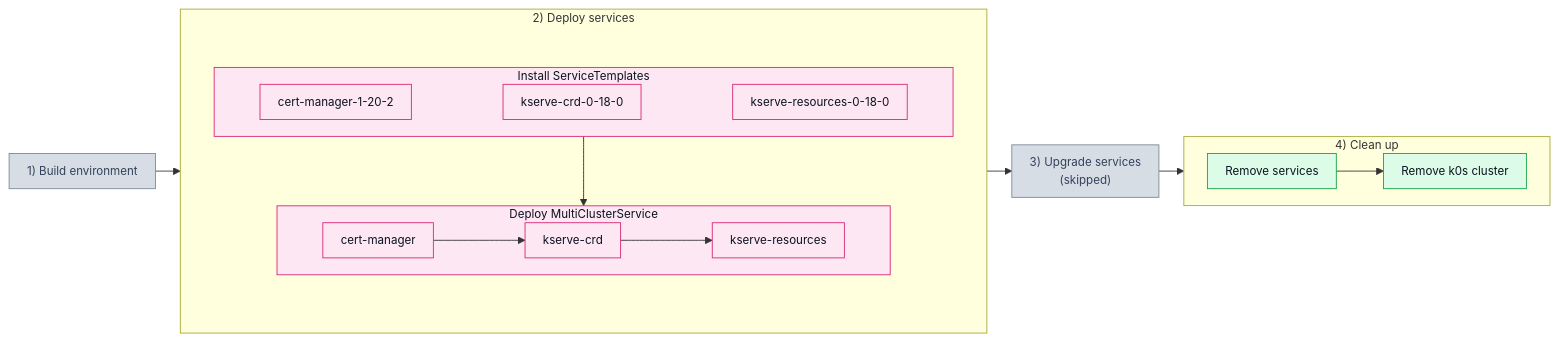
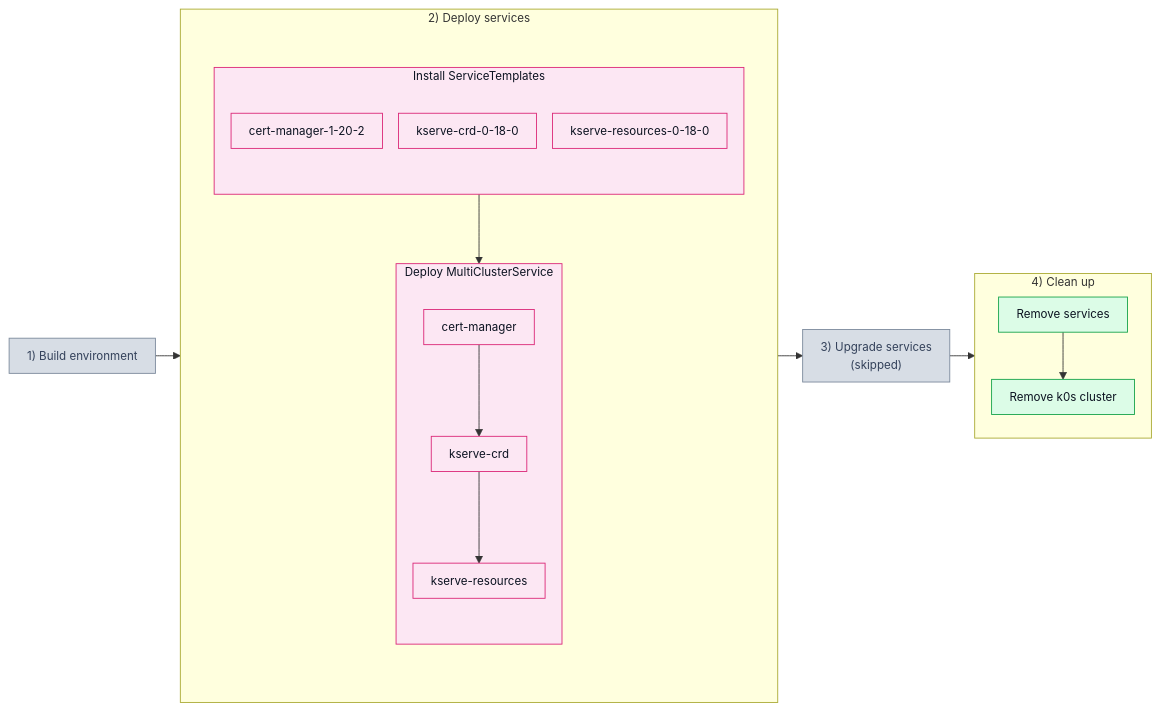
Before and after one commit to josef-hak/ksm-tests: the second of 2 diagrams in test_scenarios/201_svcdep.md, drawn with Mermaid.

Commit message:
docs: keep the original orientation, only the spacing tightened

````diff
--- a/test_scenarios/201_svcdep.md
+++ b/test_scenarios/201_svcdep.md
@@ -29,41 +29,42 @@
 ```mermaid
 %%{init: {'themeVariables': {'fontFamily': 'ui-monospace, SFMono-Regular, Menlo, Consolas, monospace', 'fontSize': '13px'}, 'flowchart': {'padding': 10, 'nodeSpacing': 18, 'rankSpacing': 28}}}%%
 flowchart LR
     P1["1) Build environment"]
 
     subgraph P2["2) Deploy services"]
         subgraph W2[" "]
             direction TB
             subgraph D1["Install ServiceTemplates"]
-                direction LR
-                T1["cert-manager-1-20-2"] ~~~ T2["kserve-crd-0-18-0"] ~~~ T3["kserve-resources-0-18-0"]
+                direction TB
+                T1["cert-manager-1-20-2"]
+                T2["kserve-crd-0-18-0"]
+                T3["kserve-resources-0-18-0"]
             end
 
             subgraph D2["Deploy MultiClusterService"]
-                direction LR
+                direction TB
                 M1["cert-manager"] --> M2["kserve-crd"] --> M3["kserve-resources"]
             end
 
             D1 --> D2
         end
     end
 
     P3["3) Upgrade services<br/>(skipped)"]
 
     subgraph P4["4) Clean up"]
-        direction LR
         C1["Remove services"] --> C2["Remove k0s cluster"]
     end
 
     P1 --> P2 --> P3 --> P4
 
     classDef off fill:#d7dde5,stroke:#7c8a9c,color:#33415a
     classDef pink fill:#fce7f3,stroke:#db2777,color:#0b1220
     classDef green fill:#dcfce7,stroke:#16a34a,color:#0b1220
     classDef bare fill:none,stroke:none
 
     class P1,P3 off
     class D1,D2,T1,T2,T3,M1,M2,M3 pink
     class C1,C2 green
     class W2 bare
 ```
````
